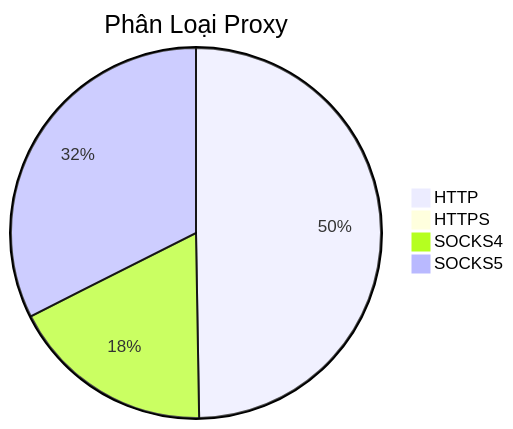
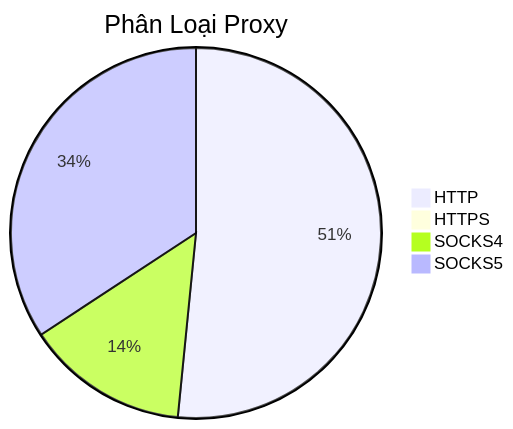
One commit to Ciara-Aa/PROXY-free changed the diagram in README.md. Above: the diagram before and after it, drawn with Mermaid. The commit also changed other lines of this file and 4 other files, not shown here.

````diff
--- a/README.md
+++ b/README.md
@@ -26,7 +26,7 @@
 ```mermaid
 pie title Phân Loại Proxy
-    "HTTP" : 368
-    "HTTPS" : 3
-    "SOCKS4" : 132
-    "SOCKS5" : 240
+    "HTTP" : 509
+    "HTTPS" : 5
+    "SOCKS4" : 140
+    "SOCKS5" : 338
 ```
````
